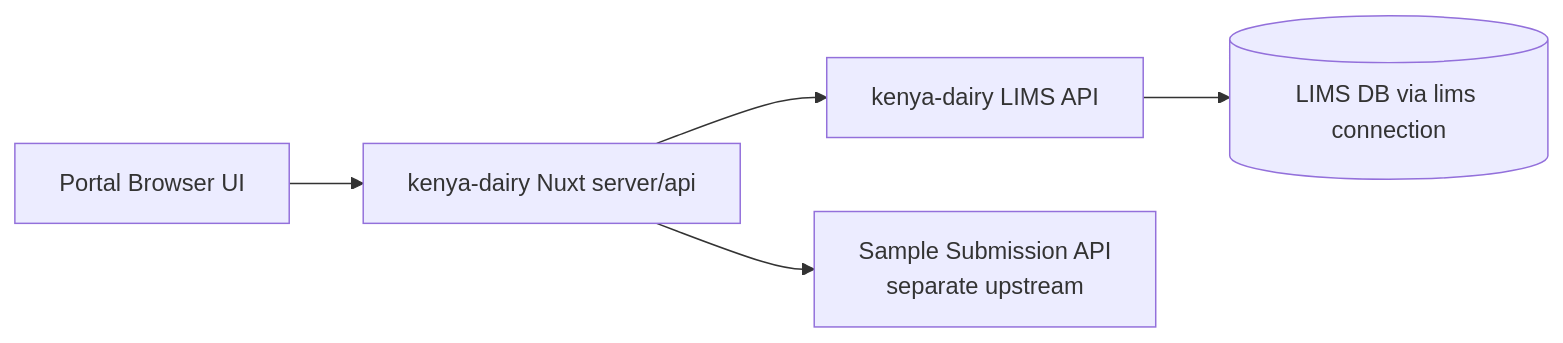
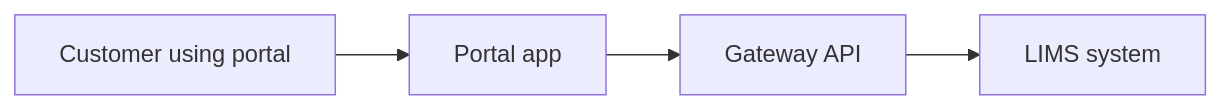
Before and after one commit to ErnestKamau/shh: the diagram in docs/customer-portal-gateway-lims-3-app-integration.md, drawn with Mermaid. The commit also changed other lines of this file and 4 other files, not shown here.

````diff
--- a/docs/customer-portal-gateway-lims-3-app-integration.md
+++ b/docs/customer-portal-gateway-lims-3-app-integration.md
@@ -15,9 +20,6 @@
 ```mermaid
 flowchart LR
-    U[Portal Browser UI] --> P[kenya-dairy Nuxt server/api]
-    P --> G[kenya-dairy LIMS API]
-
-    P --> S[Sample Submission API<br/>separate upstream]
-
-    G --> D[(LIMS DB via lims connection)]
+    A[Customer using portal] --> B[Portal app]
+    B --> C[Gateway API]
+    C --> D[LIMS system]
 ```
````
